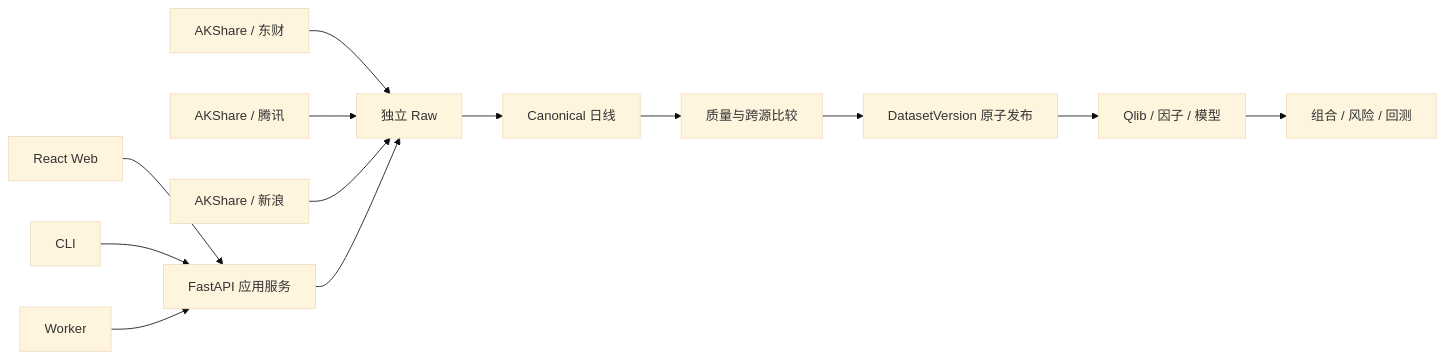
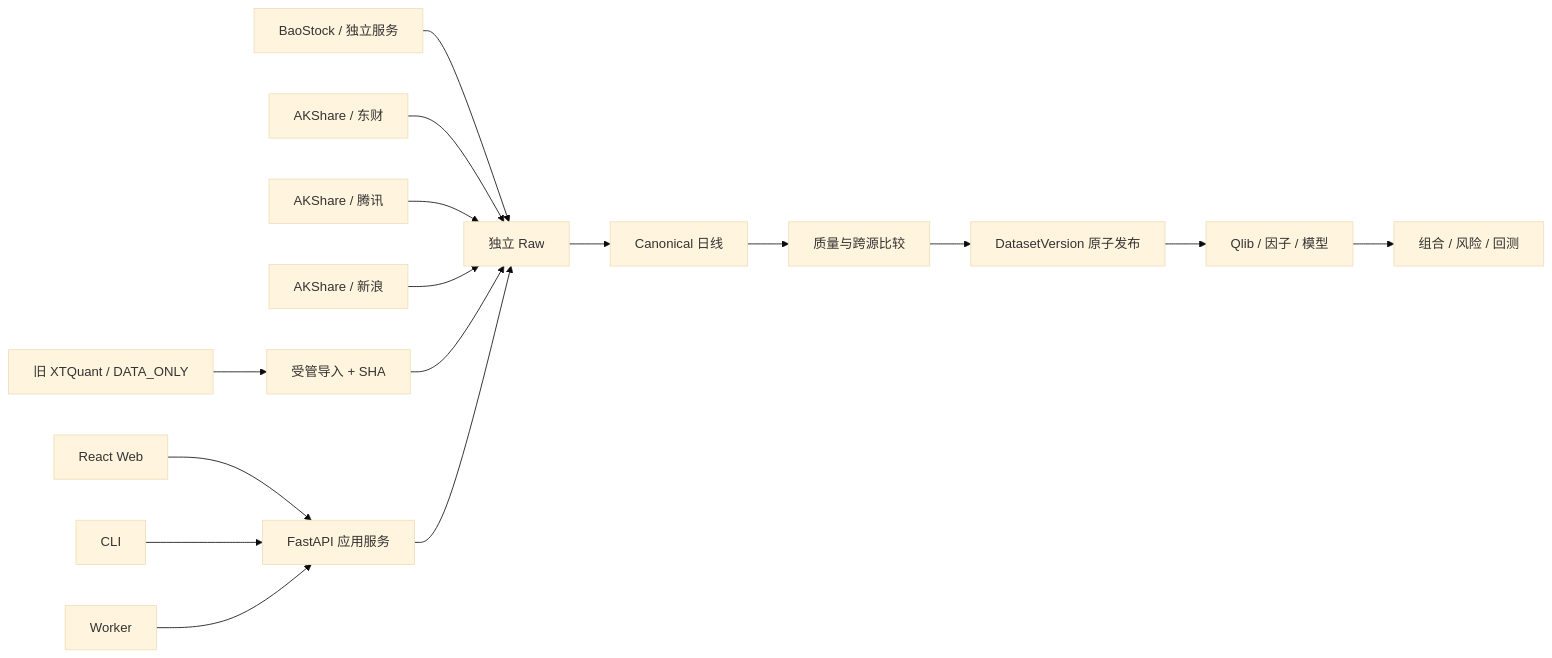
The diagram in docs/ARCHITECTURE.md (UselessRoman/QuantKingV3), drawn with Mermaid (base theme) before and after one commit. The commit also changed other lines of this file and 103 other files, not shown here.

Commit message:
feat(data): complete S1-07K3 offline implementation (BaoStock, four-source probe, legacy import, K3 EOD)

````diff
--- a/docs/ARCHITECTURE.md
+++ b/docs/ARCHITECTURE.md
@@ -7,15 +7,18 @@
 ```mermaid
 flowchart LR
+    BS["BaoStock / 独立服务"] --> RAW["独立 Raw"]
     EM["AKShare / 东财"] --> RAW["独立 Raw"]
     TX["AKShare / 腾讯"] --> RAW
     SN["AKShare / 新浪"] --> RAW
+    LEGACY["旧 XTQuant / DATA_ONLY"] --> IMPORT["受管导入 + SHA"]
+    IMPORT --> RAW
     RAW --> CAN["Canonical 日线"]
     CAN --> QA["质量与跨源比较"]
     QA --> PUB["DatasetVersion 原子发布"]
     PUB --> RESEARCH["Qlib / 因子 / 模型"]
     RESEARCH --> PORTFOLIO["组合 / 风险 / 回测"]
     WEB["React Web"] --> APP["FastAPI 应用服务"]
     CLI["CLI"] --> APP
     WORKER["Worker"] --> APP
     APP --> RAW
 ```
````
